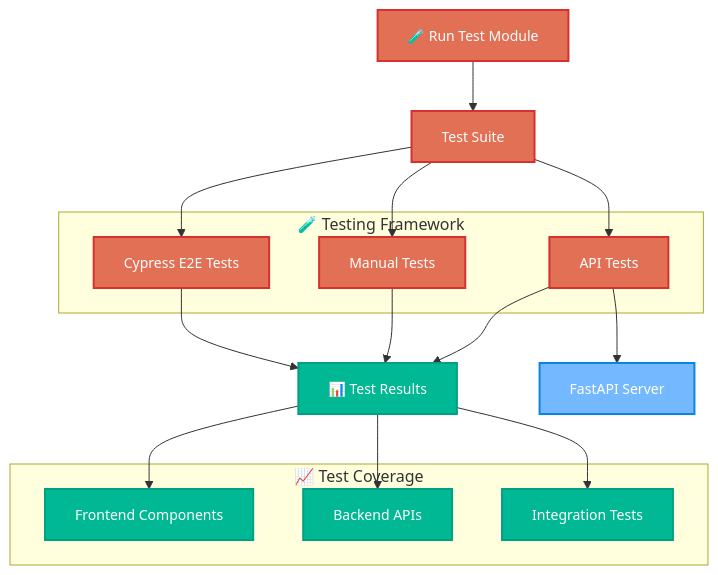
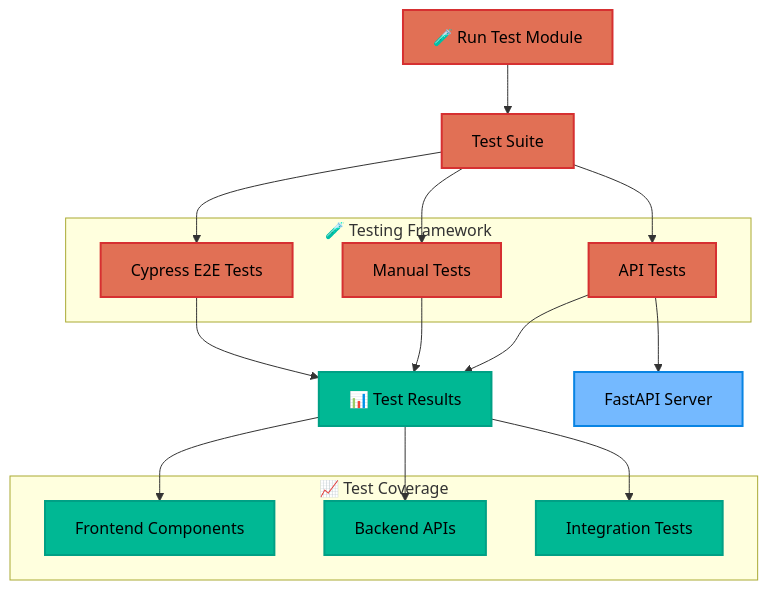
The second of 3 diagrams in README.md (IgnacioTejeraPicossi/Workplace-Learning-With-AI), drawn with Mermaid before and after one commit. The commit also changed other lines of this file, not shown here.

Commit message:
Modify the letters colors for the graphe in Readme.md

````diff
--- a/README.md
+++ b/README.md
@@ -222,45 +222,45 @@
 ```mermaid
 graph TB
   %% Testing Framework Overview
   RunTest[🧪 Run Test Module] --> TestSuite[Test Suite]
   
   %% Three Types of Tests
   subgraph "🧪 Testing Framework"
     Cypress[Cypress E2E Tests]
     ManualTests[Manual Tests]
     APITests[API Tests]
   end
   
   %% Test Execution Flow
   TestSuite --> Cypress
   TestSuite --> ManualTests
   TestSuite --> APITests
   
   %% Test Results
   Cypress --> TestResults[📊 Test Results]
   ManualTests --> TestResults
   APITests --> TestResults
   
   %% Backend Testing
   APITests --> FastAPI[FastAPI Server]
   
   %% Test Coverage
   subgraph "📈 Test Coverage"
     FrontendTests[Frontend Components]
     BackendTests[Backend APIs]
     IntegrationTests[Integration Tests]
   end
   
   TestResults --> FrontendTests
   TestResults --> BackendTests
   TestResults --> IntegrationTests
   
   %% Styling
-  classDef testing fill:#e17055,stroke:#d63031,stroke-width:2px,color:#ffffff,font-size:14px;
-  classDef results fill:#00b894,stroke:#00a085,stroke-width:2px,color:#ffffff,font-size:14px;
-  classDef backend fill:#74b9ff,stroke:#0984e3,stroke-width:2px,color:#ffffff,font-size:14px;
+  classDef testing fill:#e17055,stroke:#d63031,stroke-width:2px,color:#000000,font-size:16px;
+  classDef results fill:#00b894,stroke:#00a085,stroke-width:2px,color:#000000,font-size:16px;
+  classDef backend fill:#74b9ff,stroke:#0984e3,stroke-width:2px,color:#000000,font-size:16px;
   
   class RunTest,TestSuite,Cypress,ManualTests,APITests testing;
   class TestResults,FrontendTests,BackendTests,IntegrationTests results;
   class FastAPI backend;
 ```
````
